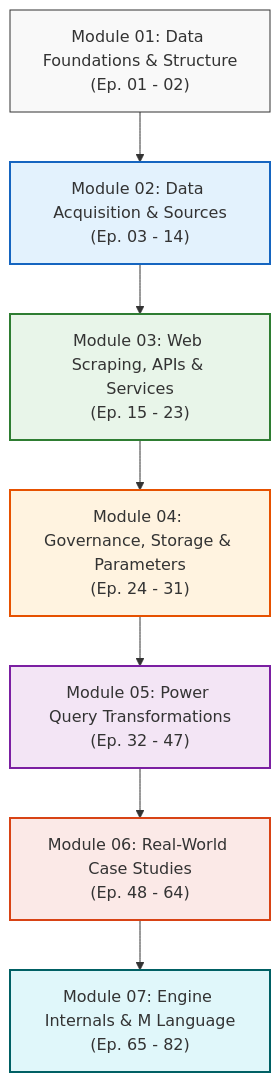
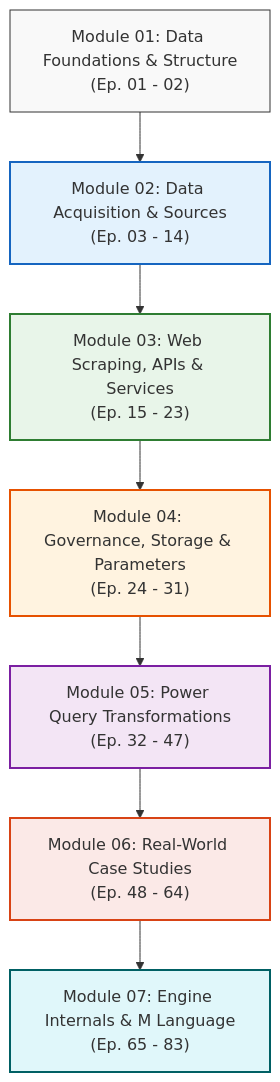
The diagram in CURRICULUM.md (Sohila-Khaled-Abbas/powerbi-data-analysis-diploma), drawn with Mermaid before and after one commit. The commit also changed other lines of this file and 76 other files, not shown here.

````diff
--- a/CURRICULUM.md
+++ b/CURRICULUM.md
@@ -12,17 +12,17 @@
 ```mermaid
 flowchart TD
     M1["Module 01: Data Foundations & Structure<br>(Ep. 01 - 02)"] --> M2["Module 02: Data Acquisition & Sources<br>(Ep. 03 - 14)"]
     M2 --> M3["Module 03: Web Scraping, APIs & Services<br>(Ep. 15 - 23)"]
     M3 --> M4["Module 04: Governance, Storage & Parameters<br>(Ep. 24 - 31)"]
     M4 --> M5["Module 05: Power Query Transformations<br>(Ep. 32 - 47)"]
     M5 --> M6["Module 06: Real-World Case Studies<br>(Ep. 48 - 64)"]
-    M6 --> M7["Module 07: Engine Internals & M Language<br>(Ep. 65 - 82)"]
+    M6 --> M7["Module 07: Engine Internals & M Language<br>(Ep. 65 - 83)"]
 
     style M1 fill:#f9f9f9,stroke:#333,stroke-width:1px
     style M2 fill:#e3f2fd,stroke:#1565c0,stroke-width:2px
     style M3 fill:#e8f5e9,stroke:#2e7d32,stroke-width:2px
     style M4 fill:#fff3e0,stroke:#e65100,stroke-width:2px
     style M5 fill:#f3e5f5,stroke:#7b1fa2,stroke-width:2px
     style M6 fill:#fbe9e7,stroke:#d84315,stroke-width:2px
     style M7 fill:#e0f7fa,stroke:#006064,stroke-width:2px
 ```
````
